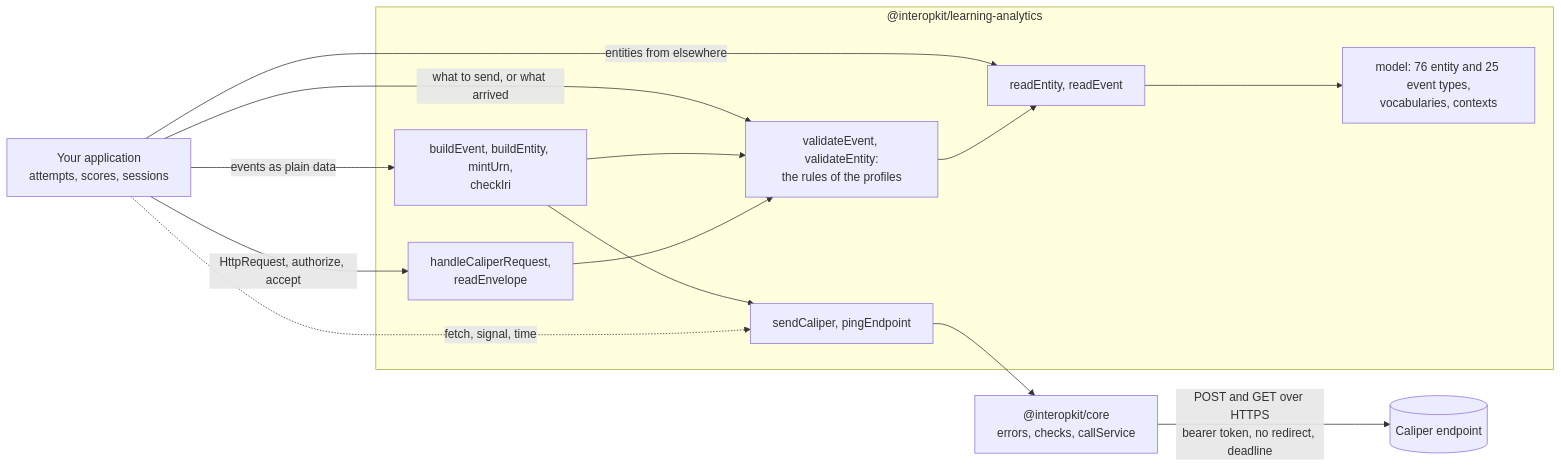
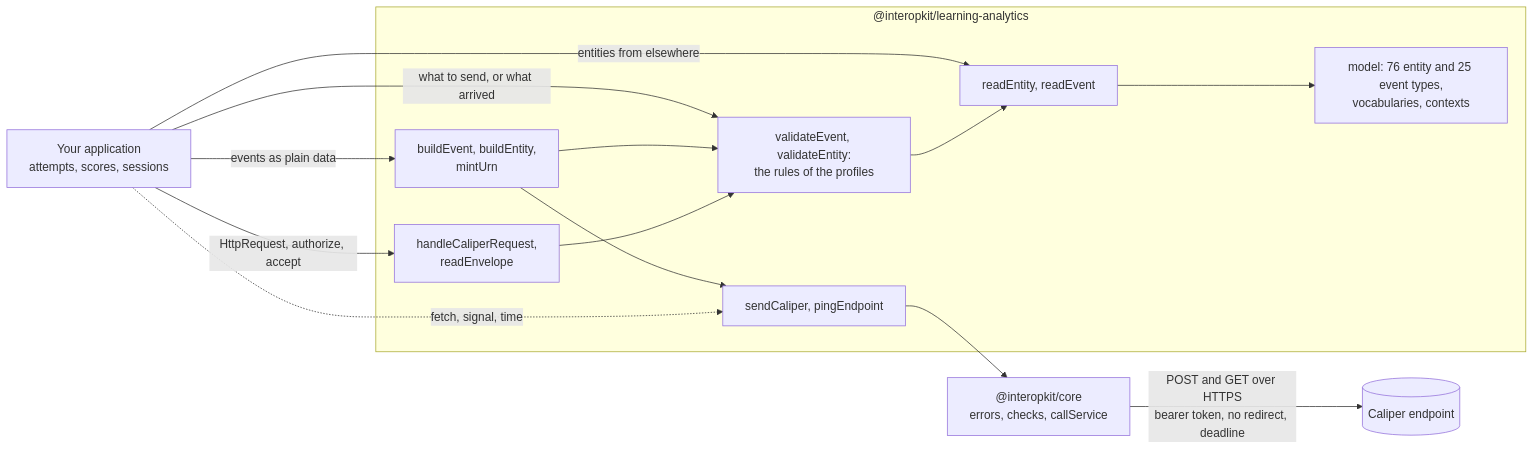
One commit to interopkit/interopkit changed the diagram in packages/learning-analytics/README.md. Above: the diagram before and after it, drawn with Mermaid. The commit also changed other lines of this file and 17 other files, not shown here.

First line of the commit message:
Read the options of a sensor with one strict schema, and let core read the answer of a ping

````diff
--- a/packages/learning-analytics/README.md
+++ b/packages/learning-analytics/README.md
@@ -54,26 +54,26 @@
 ```mermaid
 flowchart LR
   host["Your application<br/>attempts, scores, sessions"]
   subgraph pkg["@interopkit/learning-analytics"]
     model["model: 76 entity and 25 event types,<br/>vocabularies, contexts"]
     read["readEntity, readEvent"]
     validate["validateEvent, validateEntity:<br/>the rules of the profiles"]
-    build["buildEvent, buildEntity, mintUrn,<br/>checkIri"]
+    build["buildEvent, buildEntity,<br/>mintUrn"]
     send["sendCaliper, pingEndpoint"]
     endpointNode["handleCaliperRequest,<br/>readEnvelope"]
   end
   core["@interopkit/core<br/>errors, checks, callService"]
   endpoint[("Caliper endpoint")]
   host -->|"events as plain data"| build
   host -->|"entities from elsewhere"| read
   host -->|"what to send, or what arrived"| validate
   read --> model
   validate --> read
   build --> validate
   build --> send
   endpointNode --> validate
   host -.->|"fetch, signal, time"| send
   send --> core
   core -->|"POST and GET over HTTPS<br/>bearer token, no redirect, deadline"| endpoint
   host -->|"HttpRequest, authorize, accept"| endpointNode
 ```
````
